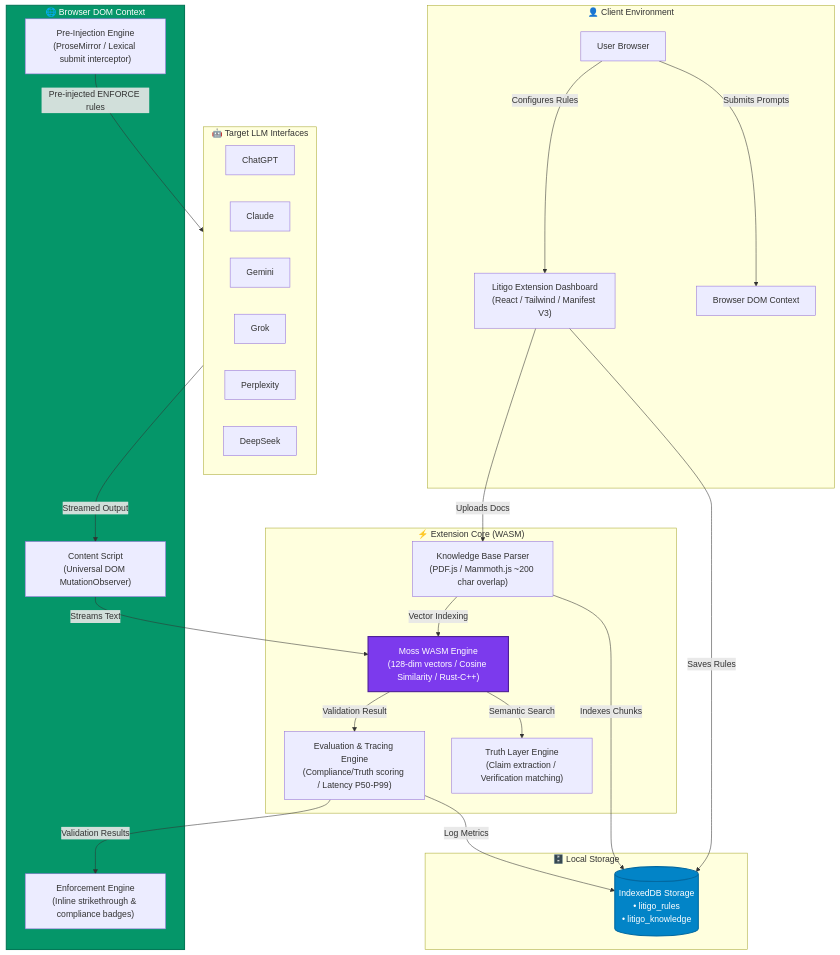
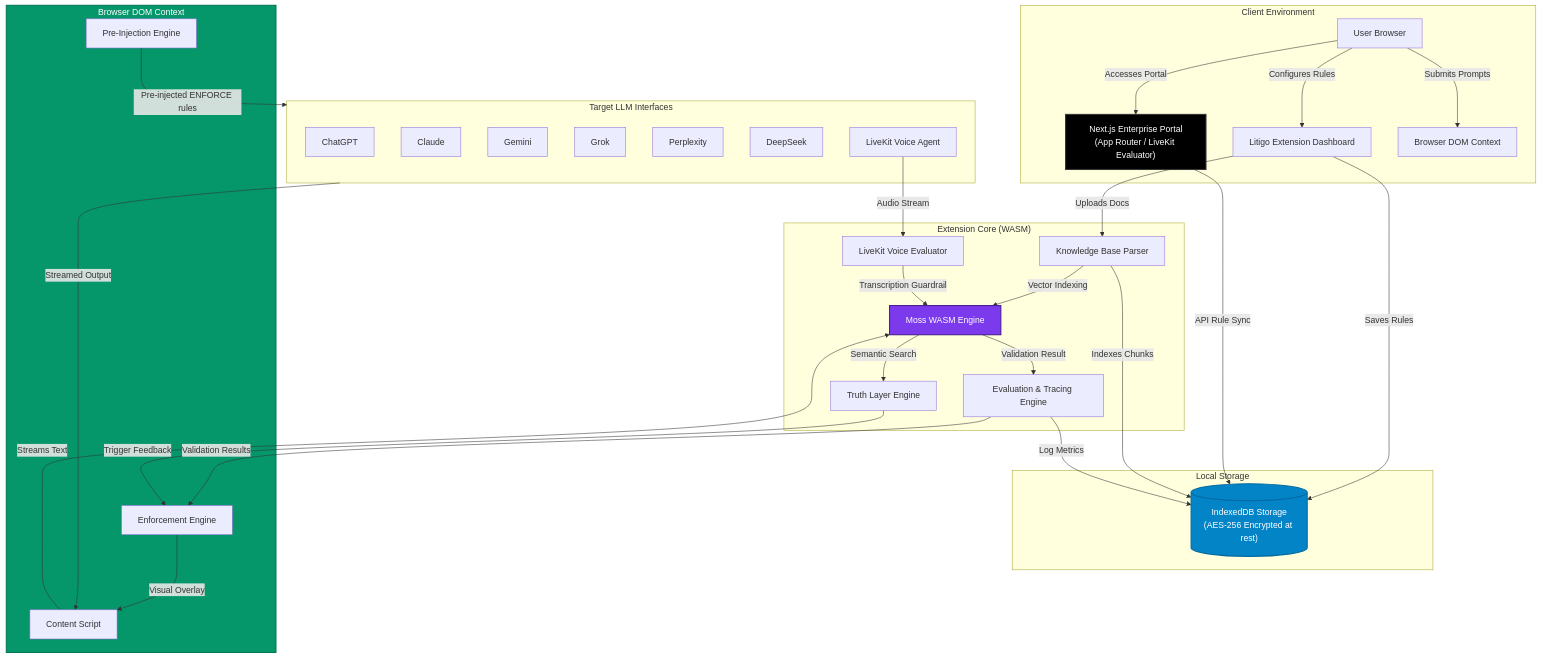
The diagram in README.md (trivikramkalagi91-commits/Litigo), drawn with Mermaid before and after one commit. The commit also changed other lines of this file and 8 other files, not shown here.

Commit message:
feat: add Next.js Enterprise Dashboard, LiveKit real-time voice guardrails, and AES-256 WebCrypto security

````diff
--- a/README.md
+++ b/README.md
@@ -61,49 +73,58 @@
 ```mermaid
 flowchart TB
-    subgraph Client ["👤 Client Environment"]
-        U["User Browser"] -->|Configures Rules| UI["Litigo Extension Dashboard<br/>(React / Tailwind / Manifest V3)"]
+    subgraph Client ["Client Environment"]
+        U["User Browser"] -->|Configures Rules| UI["Litigo Extension Dashboard"]
+        U -->|Accesses Portal| NEXT["Next.js Enterprise Portal<br/>(App Router / LiveKit Evaluator)"]
         U -->|Submits Prompts| DOM["Browser DOM Context"]
     end
 
-    subgraph Core ["⚡ Extension Core (WASM)"]
-        KBP["Knowledge Base Parser<br/>(PDF.js / Mammoth.js ~200 char overlap)"]
-        MWE["Moss WASM Engine<br/>(128-dim vectors / Cosine Similarity / Rust-C++)"]
-        ETE["Evaluation & Tracing Engine<br/>(Compliance/Truth scoring / Latency P50-P99)"]
-        TLE["Truth Layer Engine<br/>(Claim extraction / Verification matching)"]
+    subgraph Core ["Extension Core (WASM)"]
+        KBP["Knowledge Base Parser"]
+        MWE["Moss WASM Engine"]
+        ETE["Evaluation & Tracing Engine"]
+        TLE["Truth Layer Engine"]
+        LK["LiveKit Voice Evaluator"]
     end
 
-    subgraph Storage ["🗄️ Local Storage"]
-        IDB[("IndexedDB Storage<br/>• litigo_rules<br/>• litigo_knowledge")]
+    subgraph Storage ["Local Storage"]
+        IDB[("IndexedDB Storage<br/>(AES-256 Encrypted at rest)")]
     end
 
-    subgraph DOM_Ctx ["🌐 Browser DOM Context"]
-        ENF["Enforcement Engine<br/>(Inline strikethrough & compliance badges)"]
-        PIE["Pre-Injection Engine<br/>(ProseMirror / Lexical submit interceptor)"]
-        CS["Content Script<br/>(Universal DOM MutationObserver)"]
+    subgraph DOM_Ctx ["Browser DOM Context"]
+        ENF["Enforcement Engine"]
+        PIE["Pre-Injection Engine"]
+        CS["Content Script"]
     end
 
-    subgraph LLM ["🤖 Target LLM Interfaces"]
+    subgraph LLM ["Target LLM Interfaces"]
         ChatGPT["ChatGPT"]
         Claude["Claude"]
         Gemini["Gemini"]
         Grok["Grok"]
         Perplexity["Perplexity"]
         DeepSeek["DeepSeek"]
+        LiveKitAgent["LiveKit Voice Agent"]
     end
 
     UI -->|Saves Rules| IDB
+    NEXT -->|API Rule Sync| IDB
     UI -->|Uploads Docs| KBP
     KBP -->|Indexes Chunks| IDB
     KBP -->|Vector Indexing| MWE
     MWE -->|Validation Result| ETE
     MWE -->|Semantic Search| TLE
+    LiveKitAgent -->|Audio Stream| LK
+    LK -->|Transcription Guardrail| MWE
     ETE -->|Log Metrics| IDB
     ETE -->|Validation Results| ENF
+    TLE -->|Trigger Feedback| ENF
+    ENF -->|Visual Overlay| CS
     PIE -->|"Pre-injected ENFORCE rules"| LLM
     CS -->|Streams Text| MWE
     LLM -->|Streamed Output| CS
 
     style MWE fill:#7c3aed,color:#fff,stroke:#4c1d95,stroke-width:2px
+    style NEXT fill:#000,color:#fff,stroke:#333,stroke-width:2px
     style IDB fill:#0284c7,color:#fff,stroke:#0369a1,stroke-width:2px
     style DOM_Ctx fill:#059669,color:#fff,stroke:#047857,stroke-width:2px
 ```
````
